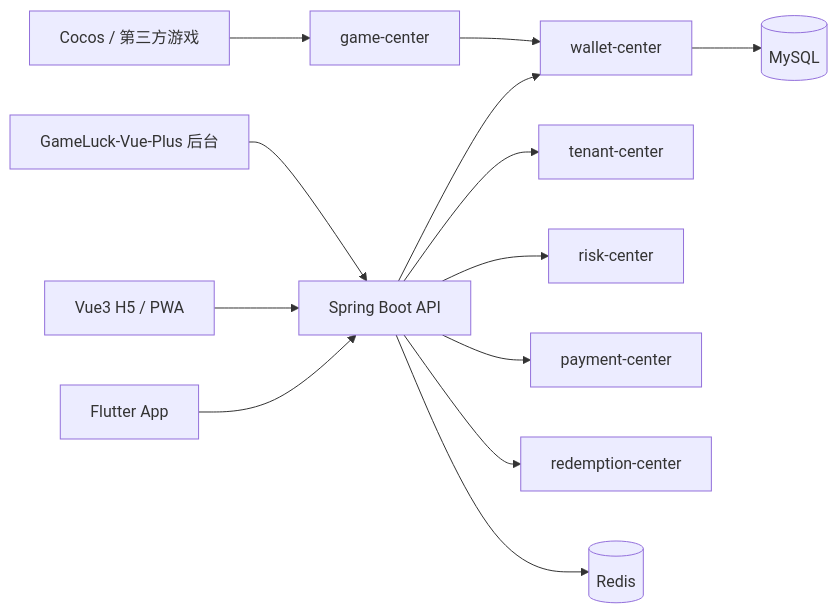
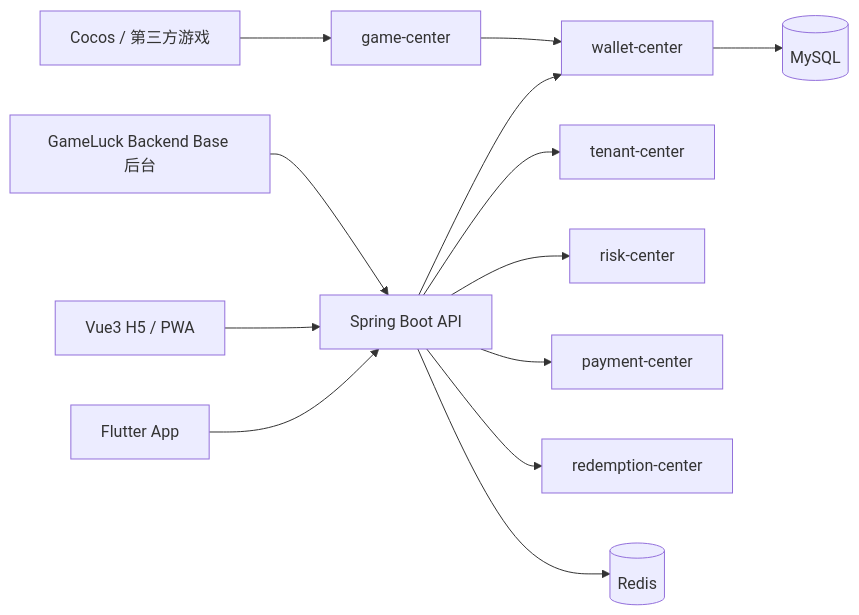
The diagram in docs/superpowers/specs/2026-06-25-platform-architecture-design.md (tt88737/game_luck), drawn with Mermaid before and after one commit. The commit also changed other lines of this file and 36 other files, not shown here.

````diff
--- a/docs/superpowers/specs/2026-06-25-platform-architecture-design.md
+++ b/docs/superpowers/specs/2026-06-25-platform-architecture-design.md
@@ -216,15 +216,15 @@
 ```mermaid
 flowchart LR
-  Admin[GameLuck-Vue-Plus 后台] --> API[Spring Boot API]
+  Admin[GameLuck Backend Base 后台] --> API[Spring Boot API]
   H5[Vue3 H5 / PWA] --> API
   App[Flutter App] --> API
   Game[Cocos / 第三方游戏] --> GameCenter[game-center]
   GameCenter --> Wallet[wallet-center]
   API --> Tenant[tenant-center]
   API --> Wallet
   API --> Risk[risk-center]
   API --> Payment[payment-center]
   API --> Redemption[redemption-center]
   Wallet --> DB[(MySQL)]
   API --> Redis[(Redis)]
 ```
````
